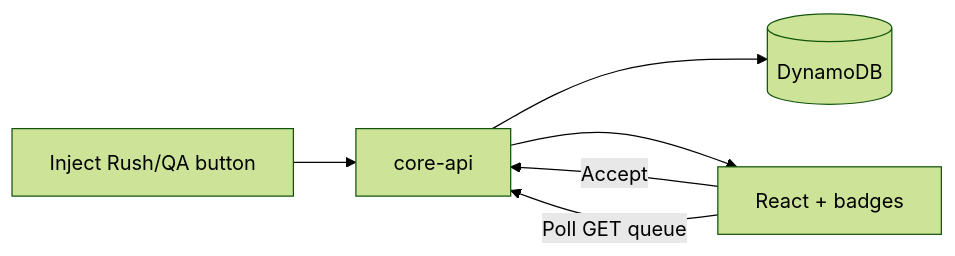
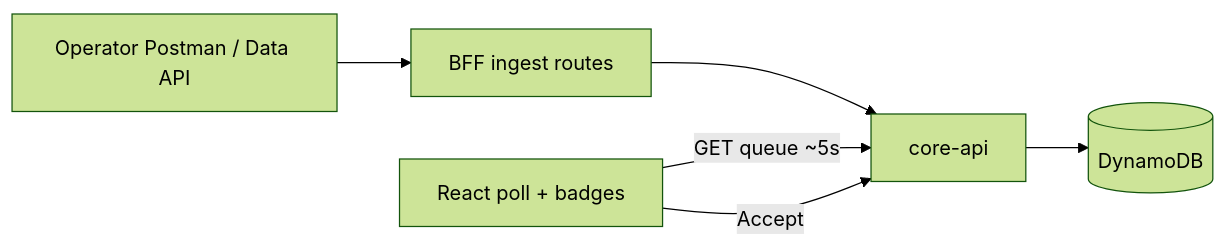
Before and after one commit to elmauro/greenbyte: the eighth of 8 diagrams in docs/hackathon/uc1-system-blueprint.md, drawn with Mermaid (forest theme). The commit also changed other lines of this file and 21 other files, not shown here.

First line of the commit message:
UC1: data ingest triggers replan; remove UI inject buttons; add narrative doc.

````diff
--- a/docs/hackathon/uc1-system-blueprint.md
+++ b/docs/hackathon/uc1-system-blueprint.md
@@ -433,13 +441,14 @@
 ```mermaid
 flowchart LR
-  BTN[Inject Rush/QA button]
+  OP[Operator Postman / Data API]
+  ING[BFF ingest routes]
   BFF[core-api]
   DDB[(DynamoDB)]
-  UI[React + badges]
+  UI[React poll + badges]
 
-  BTN --> BFF
+  OP --> ING
+  ING --> BFF
   BFF --> DDB
-  BFF --> UI
+  UI -->|GET queue ~5s| BFF
   UI -->|Accept| BFF
-  UI -->|Poll GET queue| BFF
 ```
````
